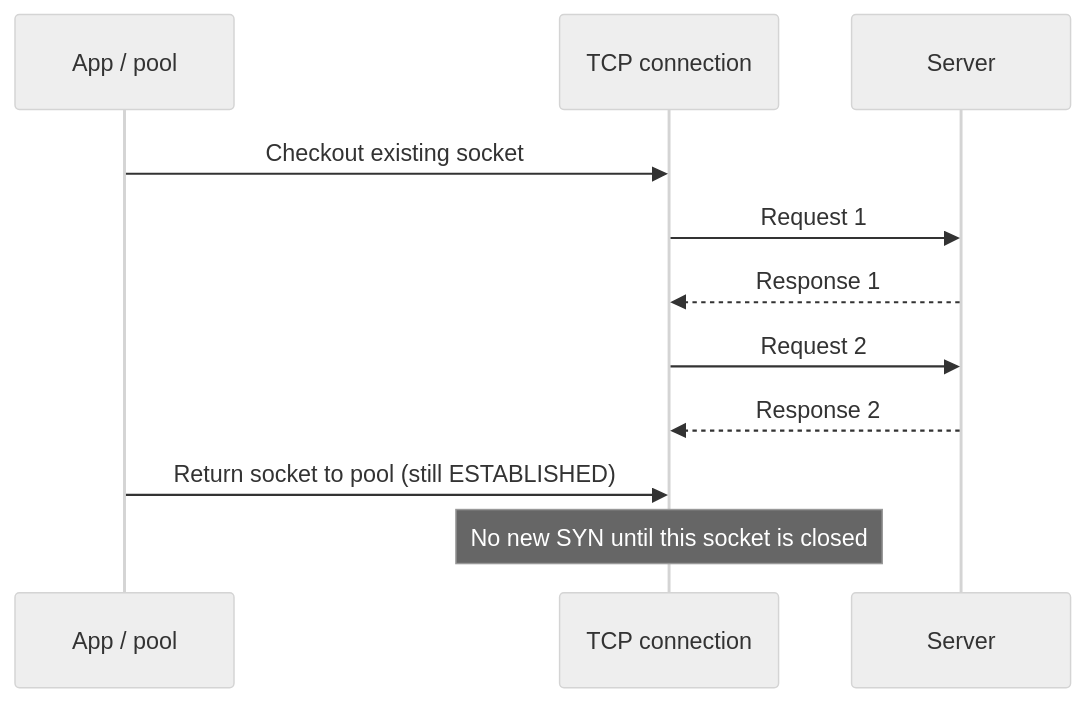
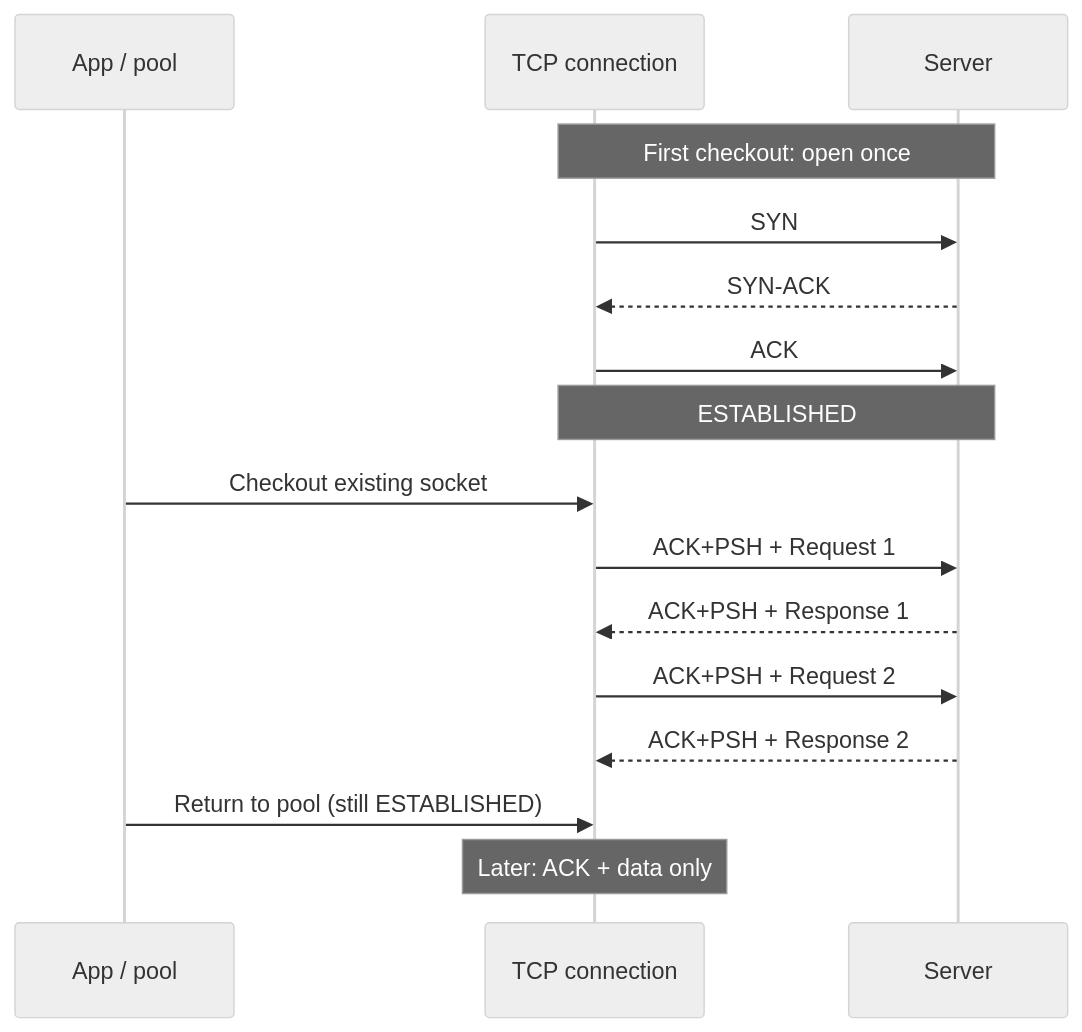
Before and after one commit to iamsharmajitender/gain: the sixth of 7 diagrams in docs/insights/2026-07-14-tcp-vs-udp-under-the-hood/tcp-vs-udp-under-the-hood.mdx, drawn with Mermaid (neutral theme). The commit also changed other lines of this file and 15 other files, not shown here.

````diff
--- a/docs/insights/2026-07-14-tcp-vs-udp-under-the-hood/tcp-vs-udp-under-the-hood.mdx
+++ b/docs/insights/2026-07-14-tcp-vs-udp-under-the-hood/tcp-vs-udp-under-the-hood.mdx
@@ -472,14 +463,20 @@
 ```mermaid
 sequenceDiagram
     participant App as App / pool
     participant TCP as TCP connection
     participant S as Server
 
+    Note over TCP,S: First checkout: open once
+    TCP->>S: SYN
+    S-->>TCP: SYN-ACK
+    TCP->>S: ACK
+    Note over TCP,S: ESTABLISHED
+
     App->>TCP: Checkout existing socket
-    TCP->>S: Request 1
-    S-->>TCP: Response 1
-    TCP->>S: Request 2
-    S-->>TCP: Response 2
-    App->>TCP: Return socket to pool (still ESTABLISHED)
-    Note over TCP: No new SYN until this socket is closed
+    TCP->>S: ACK+PSH + Request 1
+    S-->>TCP: ACK+PSH + Response 1
+    TCP->>S: ACK+PSH + Request 2
+    S-->>TCP: ACK+PSH + Response 2
+    App->>TCP: Return to pool (still ESTABLISHED)
+    Note over TCP: Later: ACK + data only
 ```
````
